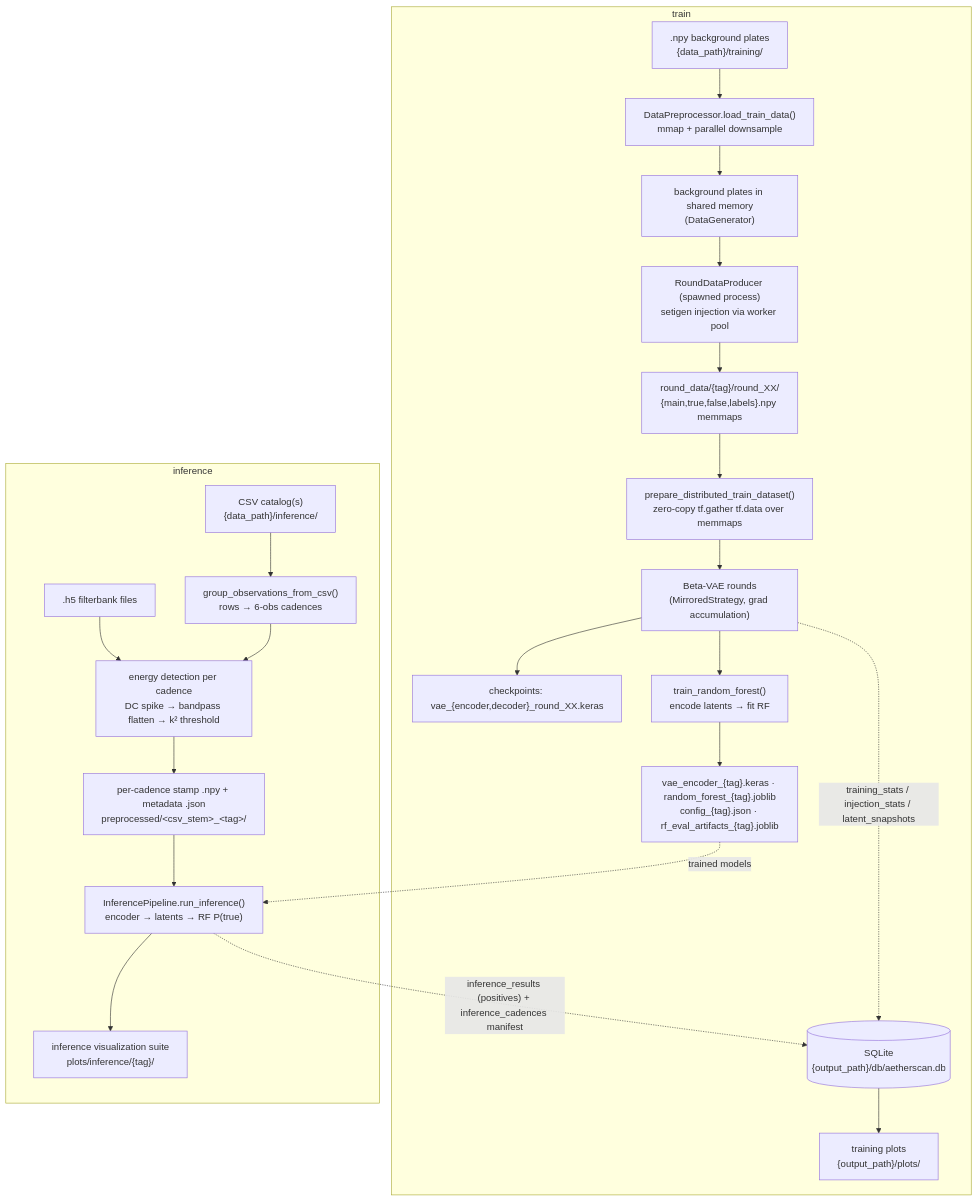
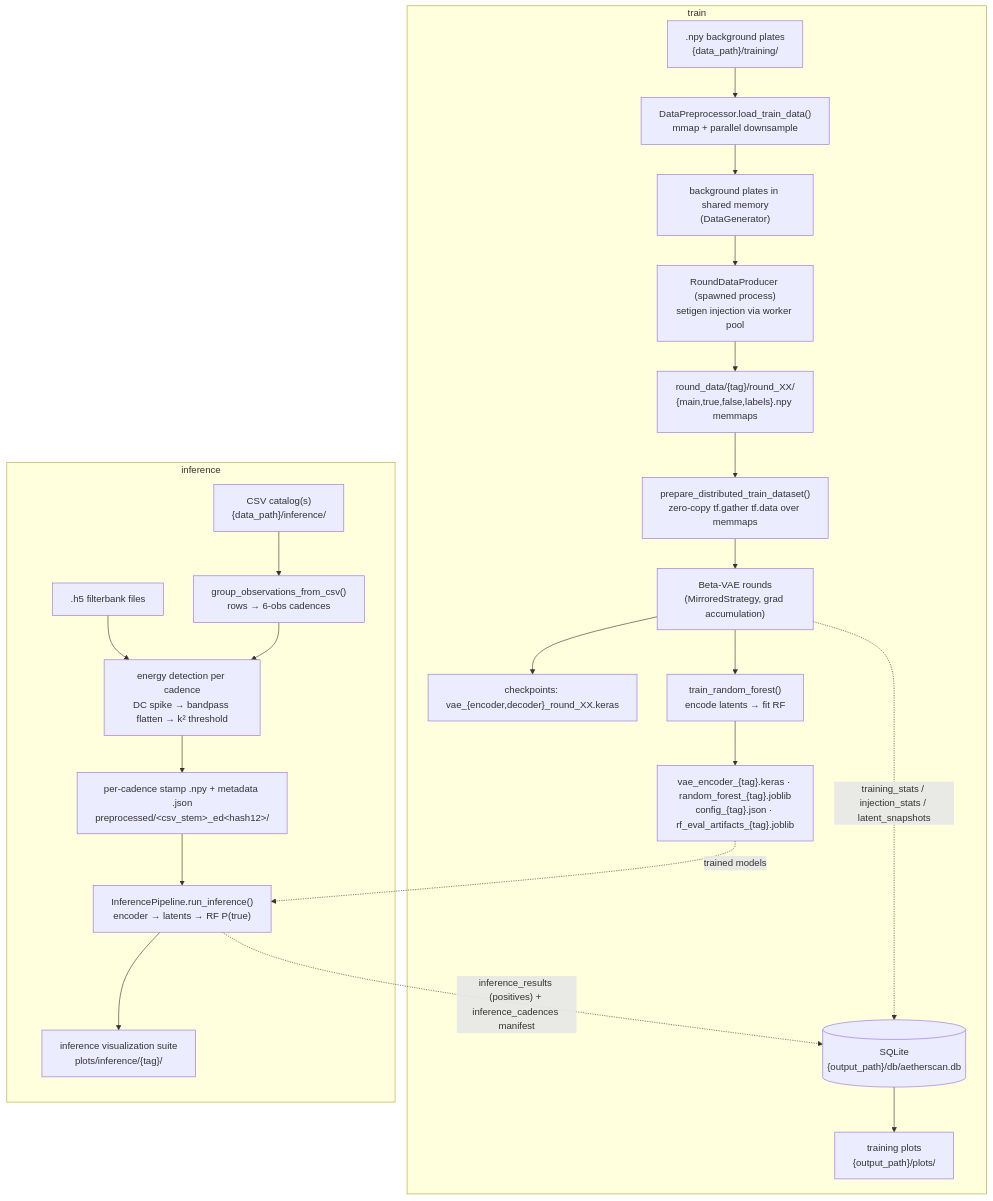
Before and after one commit to zachtheyek/Aetherscan: the diagram in docs/ARCHITECTURE.md, drawn with Mermaid. The commit also changed other lines of this file and 17 other files, not shown here.

````diff
--- a/docs/ARCHITECTURE.md
+++ b/docs/ARCHITECTURE.md
@@ -77,27 +77,27 @@
 ```mermaid
 flowchart TB
     subgraph TRAIN["train"]
         BG[".npy background plates<br/>{data_path}/training/"] --> LOAD["DataPreprocessor.load_train_data()<br/>mmap + parallel downsample"]
         LOAD --> SHM["background plates in shared memory<br/>(DataGenerator)"]
         SHM --> PROD["RoundDataProducer (spawned process)<br/>setigen injection via worker pool"]
         PROD --> RD["round_data/{tag}/round_XX/<br/>{main,true,false,labels}.npy memmaps"]
         RD --> DS["prepare_distributed_train_dataset()<br/>zero-copy tf.gather tf.data over memmaps"]
         DS --> VAE["Beta-VAE rounds<br/>(MirroredStrategy, grad accumulation)"]
         VAE --> CKPT["checkpoints: vae_{encoder,decoder}_round_XX.keras"]
         VAE --> RF["train_random_forest()<br/>encode latents → fit RF"]
         RF --> ART["vae_encoder_{tag}.keras · random_forest_{tag}.joblib<br/>config_{tag}.json · rf_eval_artifacts_{tag}.joblib"]
         VAE -. "training_stats / injection_stats / latent_snapshots" .-> DB[("SQLite<br/>{output_path}/db/aetherscan.db")]
         DB --> PLOTS["training plots<br/>{output_path}/plots/"]
     end
 
     subgraph INF["inference"]
         CSV["CSV catalog(s)<br/>{data_path}/inference/"] --> GROUP["group_observations_from_csv()<br/>rows → 6-obs cadences"]
         H5[".h5 filterbank files"] --> ED
         GROUP --> ED["energy detection per cadence<br/>DC spike → bandpass flatten → k² threshold"]
-        ED --> NPY["per-cadence stamp .npy + metadata .json<br/>preprocessed/&lt;csv_stem&gt;_&lt;tag&gt;/"]
+        ED --> NPY["per-cadence stamp .npy + metadata .json<br/>preprocessed/&lt;csv_stem&gt;_ed&lt;hash12&gt;/"]
         NPY --> ENC["InferencePipeline.run_inference()<br/>encoder → latents → RF P(true)"]
         ART -. "trained models" .-> ENC
         ENC -. "inference_results (positives) + inference_cadences manifest" .-> DB
         ENC --> VIZ["inference visualization suite<br/>plots/inference/{tag}/"]
     end
 ```
````
